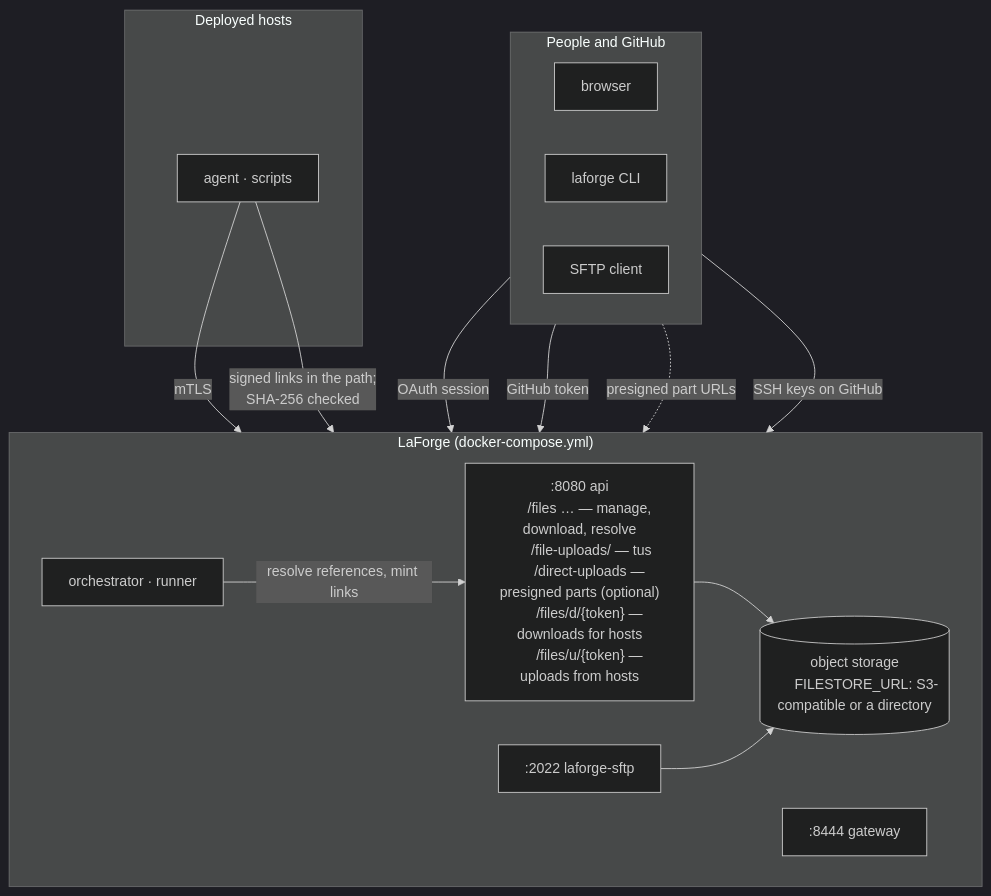
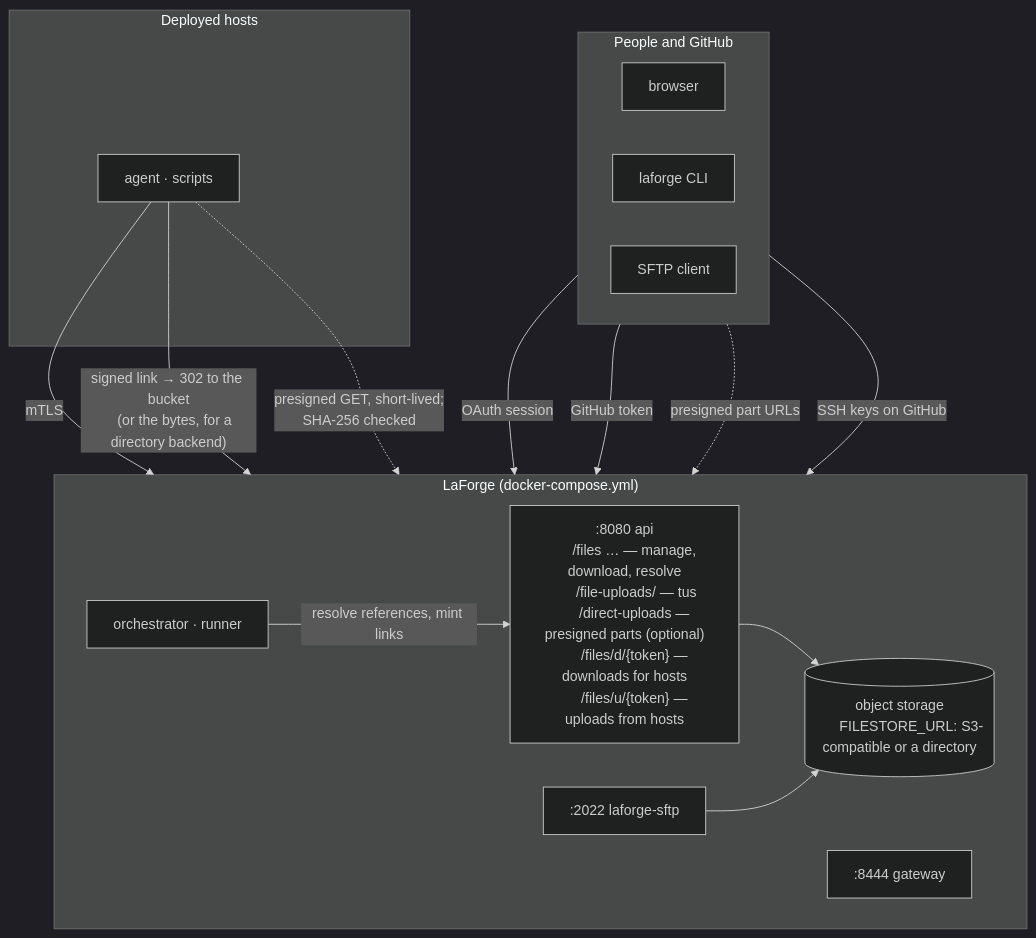
The diagram in docs/plans/file-store.md (globalcptc/laforge), drawn with Mermaid (dark theme) before and after one commit. The commit also changed other lines of this file, not shown here.

Commit message:
File store plan: self-contained, downloads straight from the bucket

````diff
--- a/docs/plans/file-store.md
+++ b/docs/plans/file-store.md
@@ -48,37 +45,39 @@
 ```mermaid
 flowchart TB
     subgraph People["People and GitHub"]
       direction LR
       browser["browser"]
       cli["laforge CLI"]
       sftpc["SFTP client"]
     end
     subgraph LaForge["LaForge (docker-compose.yml)"]
       direction LR
       api[":8080 api
       /files … — manage, download, resolve
       /file-uploads/ — tus
       /direct-uploads — presigned parts (optional)
       /files/d/{token} — downloads for hosts
       /files/u/{token} — uploads from hosts"]
       sftp[":2022 laforge-sftp"]
       gw[":8444 gateway"]
       orch["orchestrator · runner"]
       bucket[("object storage
       FILESTORE_URL: S3-compatible or a directory")]
     end
     subgraph Hosts["Deployed hosts"]
       host["agent · scripts"]
     end
 
     browser -- "OAuth session" --> api
     cli -- "GitHub token" --> api
     browser -. "presigned part URLs" .-> bucket
     sftpc -- "SSH keys on GitHub" --> sftp
     api --> bucket
     sftp --> bucket
     orch -- "resolve references, mint links" --> api
     host -- "mTLS" --> gw
-    host -- "signed links in the path;
-    SHA-256 checked" --> api
+    host -- "signed link → 302 to the bucket
+    (or the bytes, for a directory backend)" --> api
+    host -. "presigned GET, short-lived;
+    SHA-256 checked" .-> bucket
 ```
````
